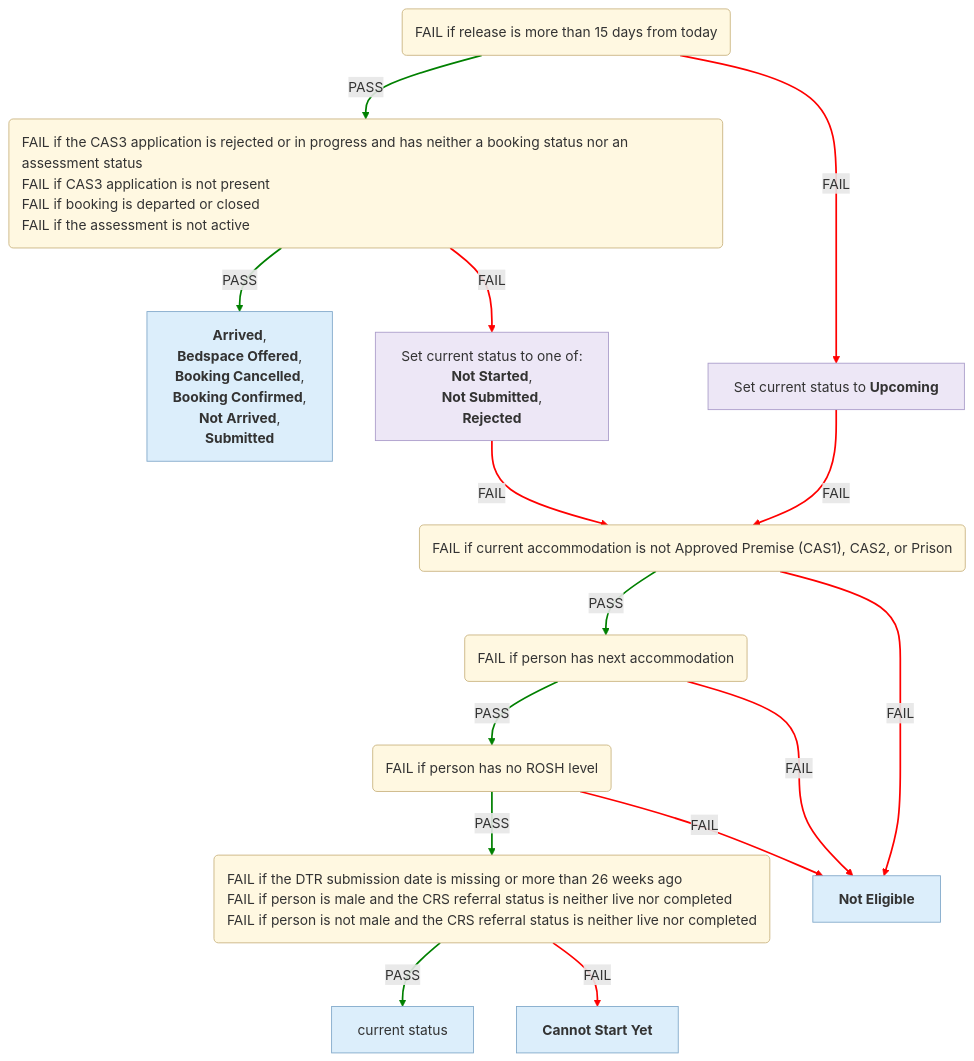
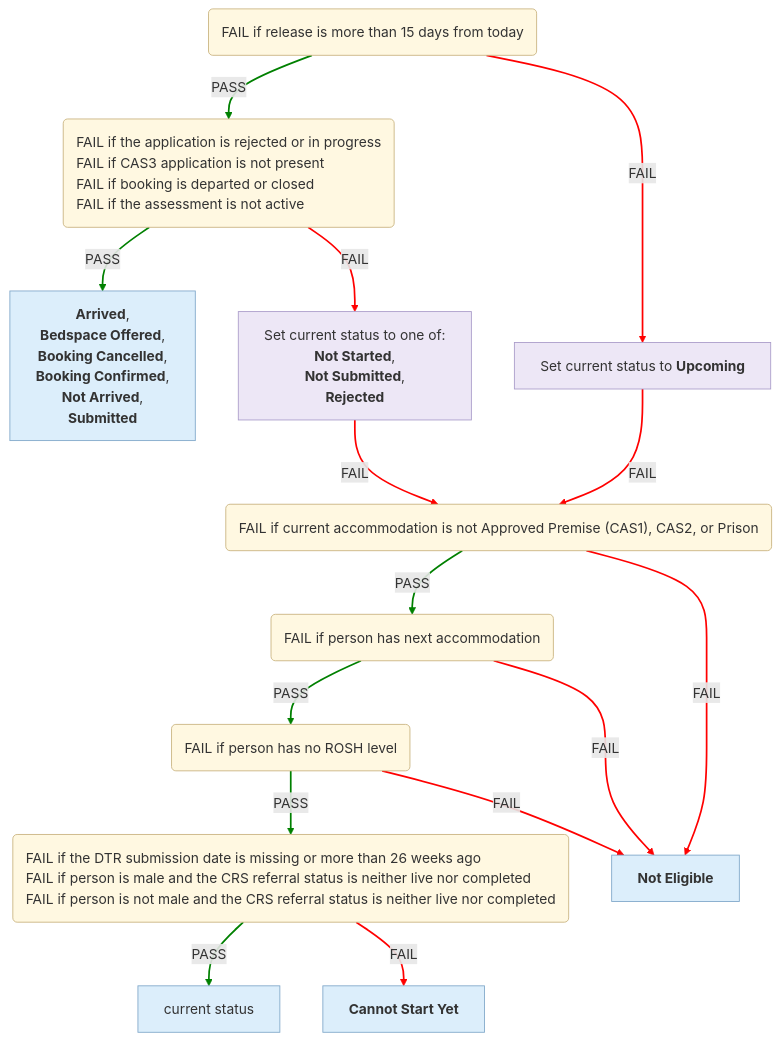
One commit to ministryofjustice/hmpps-single-accommodation-service-api changed the third of 6 diagrams in docs/eligibility-rules-graph.md. Above: the diagram before and after it, drawn with Mermaid. The commit also changed other lines of this file and 7 other files, not shown here.

````diff
--- a/docs/eligibility-rules-graph.md
+++ b/docs/eligibility-rules-graph.md
@@ -284,51 +284,51 @@
 ```mermaid
 %%{init: {"flowchart": {"wrappingWidth": 800}}}%%
 flowchart TD
   Upcoming("<div style='text-align:left'>FAIL if release is more than 15 days from today</div>")
-  Suitability("<div style='text-align:left'>FAIL if the CAS3 application is rejected or in progress and has neither a booking status nor an assessment status
+  Suitability("<div style='text-align:left'>FAIL if the application is rejected or in progress
 FAIL if CAS3 application is not present
 FAIL if booking is departed or closed
 FAIL if the assessment is not active</div>")
   outcome_Cas3CompletionContextUpdater["<b>Arrived</b>,
  <b>Bedspace Offered</b>,
  <b>Booking Cancelled</b>,
  <b>Booking Confirmed</b>,
  <b>Not Arrived</b>,
  <b>Submitted</b>"]
   updater_Cas3SuitabilityContextUpdater["Set current status to one of:
 <b>Not Started</b>,
  <b>Not Submitted</b>,
  <b>Rejected</b>"]
   Eligibility_Current_Accommodation("<div style='text-align:left'>FAIL if current accommodation is not Approved Premise (CAS1), CAS2, or Prison</div>")
   Eligibility_Next_Accommodation("<div style='text-align:left'>FAIL if person has next accommodation</div>")
   Eligibility_Rosh("<div style='text-align:left'>FAIL if person has no ROSH level</div>")
   Prerequisite("<div style='text-align:left'>FAIL if the DTR submission date is missing or more than 26 weeks ago
 FAIL if person is male and the CRS referral status is neither live nor completed
 FAIL if person is not male and the CRS referral status is neither live nor completed</div>")
   confirmed["current status"]
   outcome_Cas3PrerequisiteContextUpdater["<b>Cannot Start Yet</b>"]
   CAS3_NOT_ELIGIBLE["<b>Not Eligible</b>"]
   updater_Cas3UpcomingContextUpdater["Set current status to <b>Upcoming</b>"]
   Suitability -->|PASS| outcome_Cas3CompletionContextUpdater
   Suitability -->|FAIL| updater_Cas3SuitabilityContextUpdater
   Prerequisite -->|PASS| confirmed
   Prerequisite -->|FAIL| outcome_Cas3PrerequisiteContextUpdater
   Eligibility_Rosh -->|PASS| Prerequisite
   Eligibility_Rosh -->|FAIL| CAS3_NOT_ELIGIBLE
   Eligibility_Next_Accommodation -->|PASS| Eligibility_Rosh
   Eligibility_Next_Accommodation -->|FAIL| CAS3_NOT_ELIGIBLE
   Eligibility_Current_Accommodation -->|PASS| Eligibility_Next_Accommodation
   Eligibility_Current_Accommodation -->|FAIL| CAS3_NOT_ELIGIBLE
   updater_Cas3SuitabilityContextUpdater -->|FAIL| Eligibility_Current_Accommodation
   Upcoming -->|PASS| Suitability
   Upcoming -->|FAIL| updater_Cas3UpcomingContextUpdater
   updater_Cas3UpcomingContextUpdater -->|FAIL| Eligibility_Current_Accommodation
   linkStyle 0,2,4,6,8,11 stroke:green,stroke-width:2px
   linkStyle 1,3,5,7,9,10,12,13 stroke:red,stroke-width:2px
   classDef ruleSetNode fill:#FFF8E1,stroke:#C9B37E,color:#333
   classDef outcomeNode fill:#DCEEFB,stroke:#7FA7C9,color:#333
   classDef updaterNode fill:#EDE7F6,stroke:#A99BC9,color:#333
   class Upcoming,Suitability,Eligibility_Current_Accommodation,Eligibility_Next_Accommodation,Eligibility_Rosh,Prerequisite ruleSetNode
   class outcome_Cas3CompletionContextUpdater,confirmed,outcome_Cas3PrerequisiteContextUpdater,CAS3_NOT_ELIGIBLE outcomeNode
   class updater_Cas3SuitabilityContextUpdater,updater_Cas3UpcomingContextUpdater updaterNode
 ```
````
